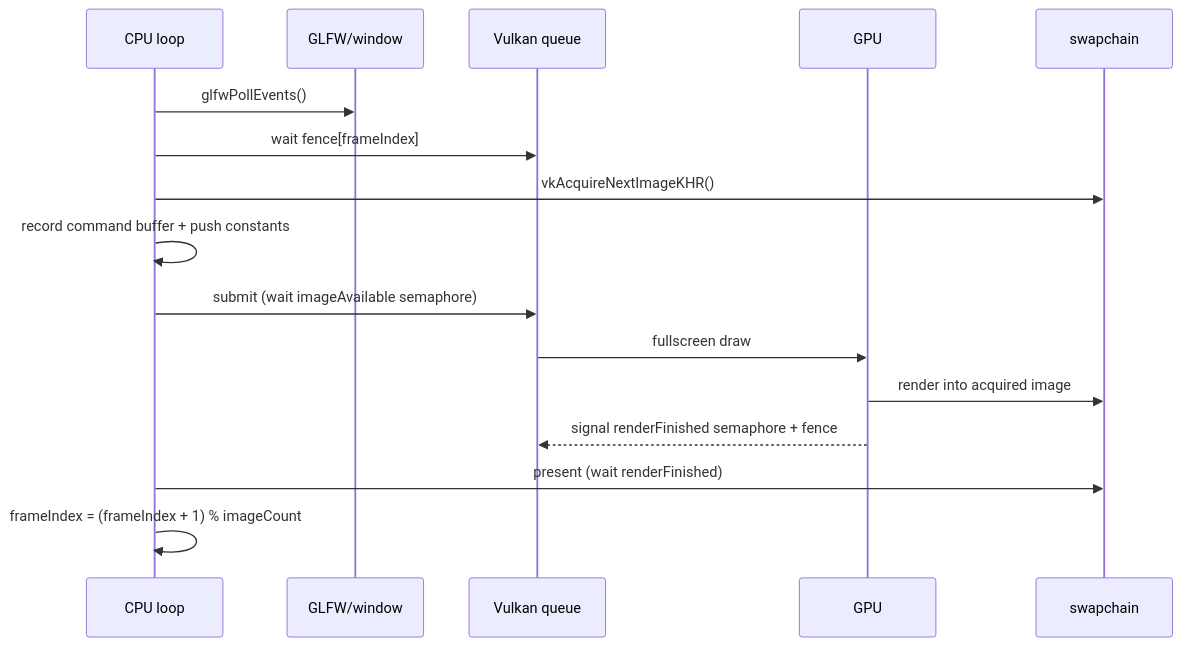
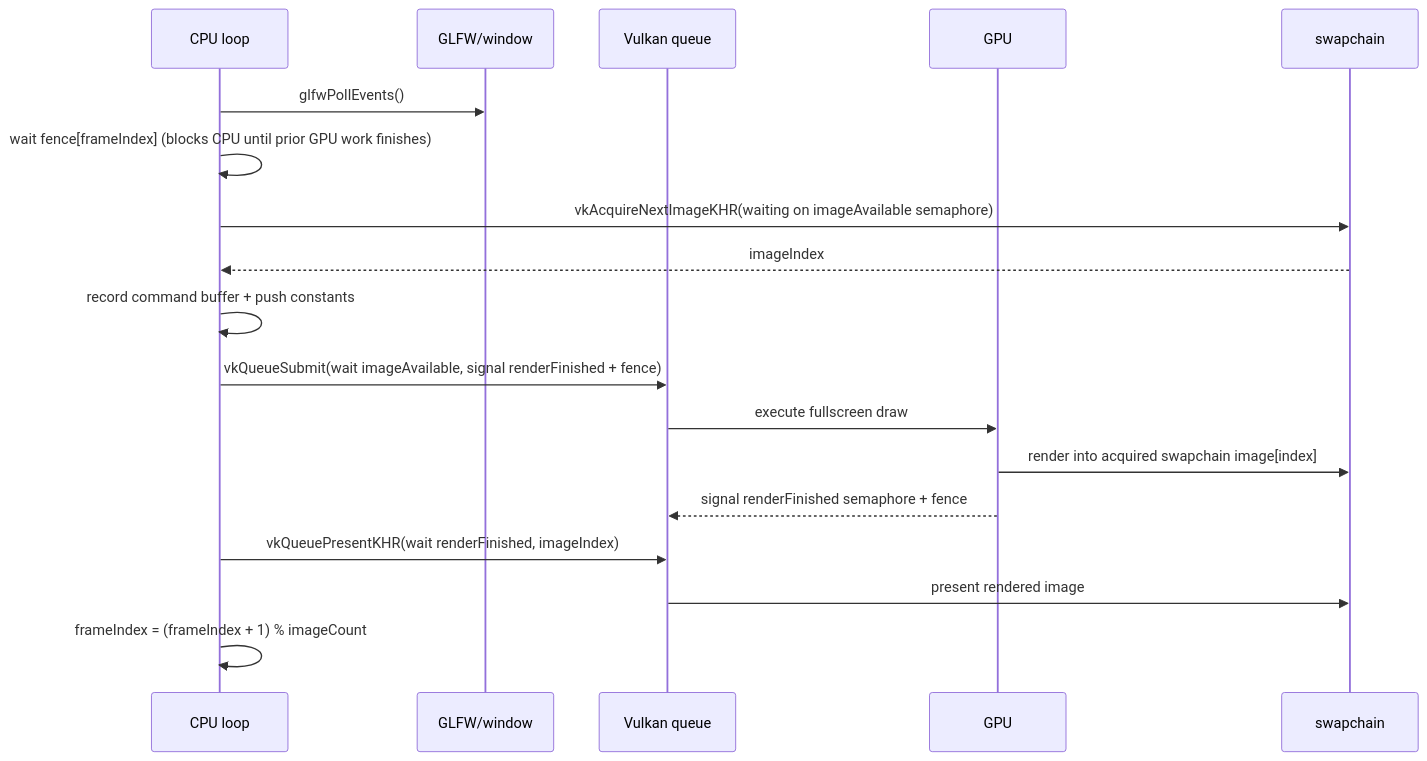
Before and after one commit to jamylak/vsdf: the fourth of 5 diagrams in README.md, drawn with Mermaid. The commit also changed other lines of this file, not shown here.

Commit message:
updaate diagram

````diff
--- a/README.md
+++ b/README.md
@@ -189,19 +189,21 @@
 ```mermaid
 sequenceDiagram
     participant CPU as CPU loop
     participant W as GLFW/window
     participant Q as Vulkan queue
     participant GPU as GPU
     participant S as swapchain
 
     CPU->>W: glfwPollEvents()
-    CPU->>Q: wait fence[frameIndex]
-    CPU->>S: vkAcquireNextImageKHR()
+    CPU->>CPU: wait fence[frameIndex] (blocks CPU until prior GPU work finishes)
+    CPU->>S: vkAcquireNextImageKHR(waiting on imageAvailable semaphore)
+    S-->>CPU: imageIndex
     CPU->>CPU: record command buffer + push constants
-    CPU->>Q: submit (wait imageAvailable semaphore)
-    Q->>GPU: fullscreen draw
-    GPU->>S: render into acquired image
+    CPU->>Q: vkQueueSubmit(wait imageAvailable, signal renderFinished + fence)
+    Q->>GPU: execute fullscreen draw
+    GPU->>S: render into acquired swapchain image[index]
     GPU-->>Q: signal renderFinished semaphore + fence
-    CPU->>S: present (wait renderFinished)
+    CPU->>Q: vkQueuePresentKHR(wait renderFinished, imageIndex)
+    Q->>S: present rendered image
     CPU->>CPU: frameIndex = (frameIndex + 1) % imageCount
 ```
````
